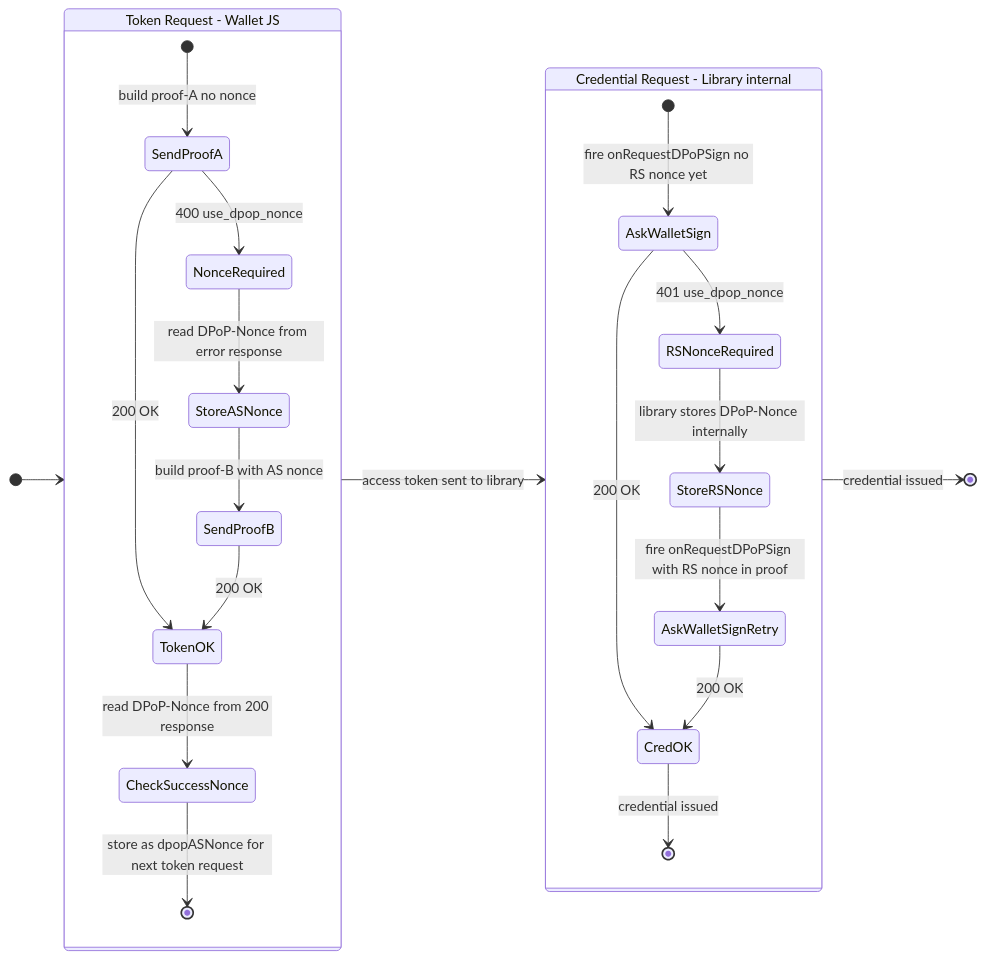
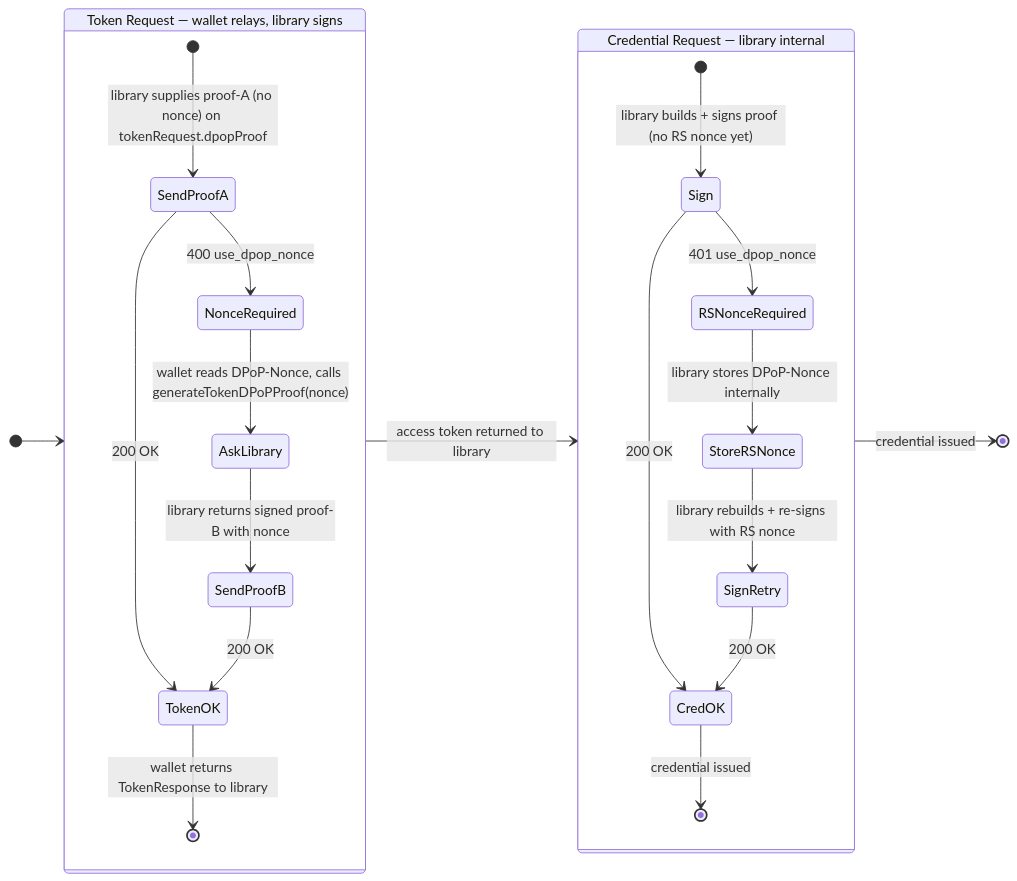
One commit to inji/inji-wallet changed the sixth of 8 diagrams in docs/# ADR: DPoP Sender-Constrained Access To.md. Above: the diagram before and after it, drawn with Mermaid. The commit also changed other lines of this file, not shown here.

First line of the commit message:
docs(dpop): rework ADR — library owns DPoP end-to-end with ephemeral keys

````diff
--- a/docs/# ADR: DPoP Sender-Constrained Access To.md
+++ b/docs/# ADR: DPoP Sender-Constrained Access To.md
@@ -382,29 +320,28 @@
 ```mermaid
 stateDiagram-v2
     direction LR
 
-    state "Token Request - Wallet JS" as TR {
-        [*] --> SendProofA : build proof-A no nonce
+    state "Token Request — wallet relays, library signs" as TR {
+        [*] --> SendProofA : library supplies proof-A (no nonce) on tokenRequest.dpopProof
         SendProofA --> TokenOK : 200 OK
         SendProofA --> NonceRequired : 400 use_dpop_nonce
-        NonceRequired --> StoreASNonce : read DPoP-Nonce from error response
-        StoreASNonce --> SendProofB : build proof-B with AS nonce
+        NonceRequired --> AskLibrary : wallet reads DPoP-Nonce, calls generateTokenDPoPProof(nonce)
+        AskLibrary --> SendProofB : library returns signed proof-B with nonce
         SendProofB --> TokenOK : 200 OK
-        TokenOK --> CheckSuccessNonce : read DPoP-Nonce from 200 response
-        CheckSuccessNonce --> [*] : store as dpopASNonce for next token request
+        TokenOK --> [*] : wallet returns TokenResponse to library
     }
 
-    state "Credential Request - Library internal" as CR {
-        [*] --> AskWalletSign : fire onRequestDPoPSign no RS nonce yet
-        AskWalletSign --> CredOK : 200 OK
-        AskWalletSign --> RSNonceRequired : 401 use_dpop_nonce
+    state "Credential Request — library internal" as CR {
+        [*] --> Sign : library builds + signs proof (no RS nonce yet)
+        Sign --> CredOK : 200 OK
+        Sign --> RSNonceRequired : 401 use_dpop_nonce
         RSNonceRequired --> StoreRSNonce : library stores DPoP-Nonce internally
-        StoreRSNonce --> AskWalletSignRetry : fire onRequestDPoPSign with RS nonce in proof
-        AskWalletSignRetry --> CredOK : 200 OK
+        StoreRSNonce --> SignRetry : library rebuilds + re-signs with RS nonce
+        SignRetry --> CredOK : 200 OK
         CredOK --> [*] : credential issued
     }
 
     [*] --> TR
-    TR --> CR : access token sent to library
+    TR --> CR : access token returned to library
     CR --> [*] : credential issued
 ```
````
